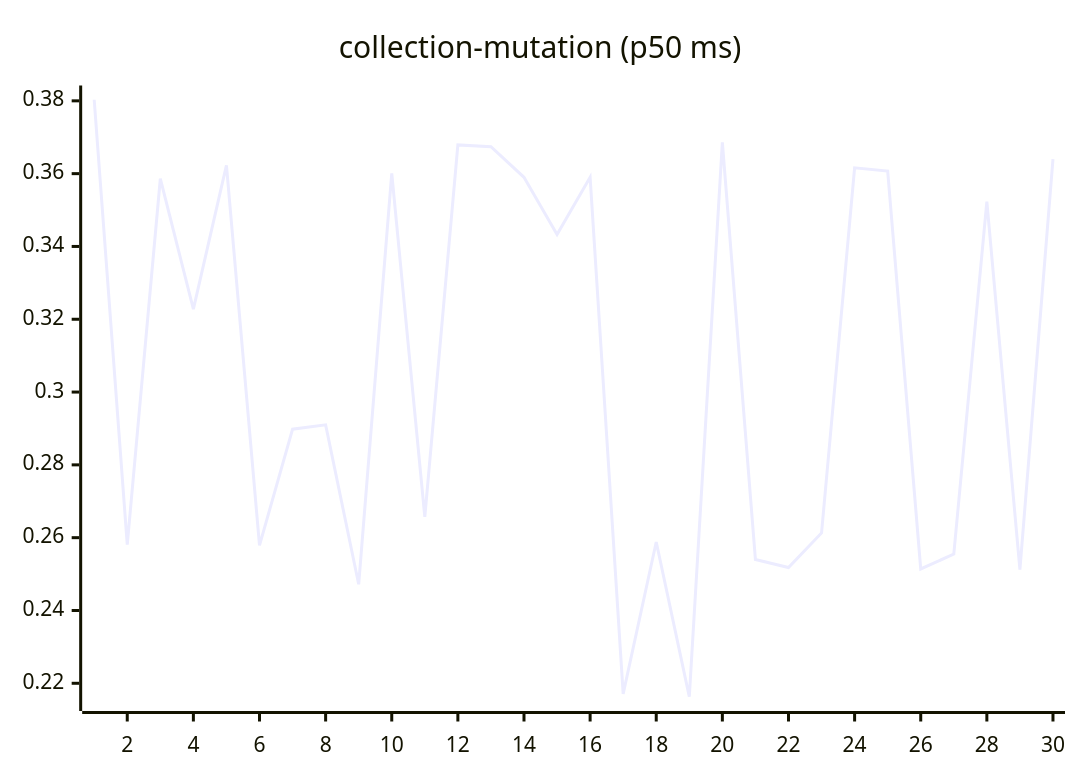
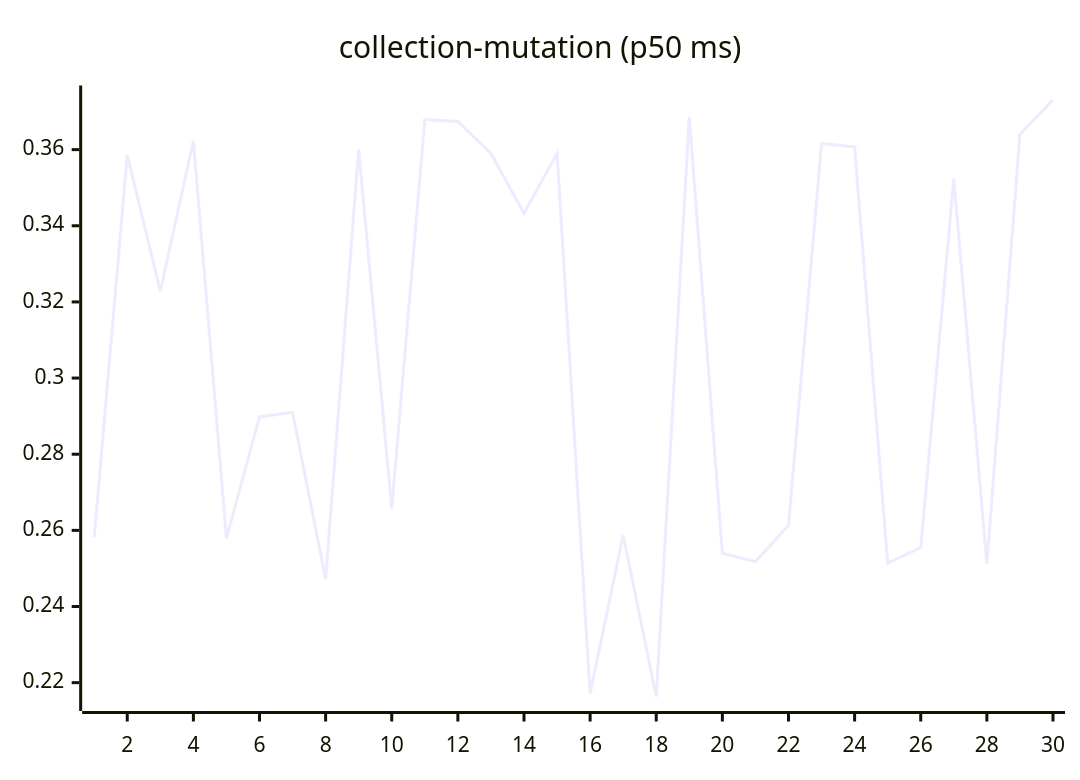
The sixth of 27 diagrams in README.md (josha/Facet), drawn with Mermaid before and after one commit. The commit also changed other lines of this file and 2 other files, not shown here.

````diff
--- a/README.md
+++ b/README.md
@@ -98,6 +98,6 @@
 ```mermaid
 xychart-beta
     title "collection-mutation (p50 ms)"
     x-axis 1 --> 30
-    line [0.3803, 0.2581, 0.3586, 0.3228, 0.3623, 0.2579, 0.2898, 0.2910, 0.2472, 0.3601, 0.2657, 0.3679, 0.3674, 0.3590, 0.3433, 0.3590, 0.2171, 0.2588, 0.2163, 0.3686, 0.2540, 0.2518, 0.2613, 0.3616, 0.3607, 0.2514, 0.2555, 0.3523, 0.2512, 0.3640]
+    line [0.2581, 0.3586, 0.3228, 0.3623, 0.2579, 0.2898, 0.2910, 0.2472, 0.3601, 0.2657, 0.3679, 0.3674, 0.3590, 0.3433, 0.3590, 0.2171, 0.2588, 0.2163, 0.3686, 0.2540, 0.2518, 0.2613, 0.3616, 0.3607, 0.2514, 0.2555, 0.3523, 0.2512, 0.3640, 0.3731]
 ```
````
